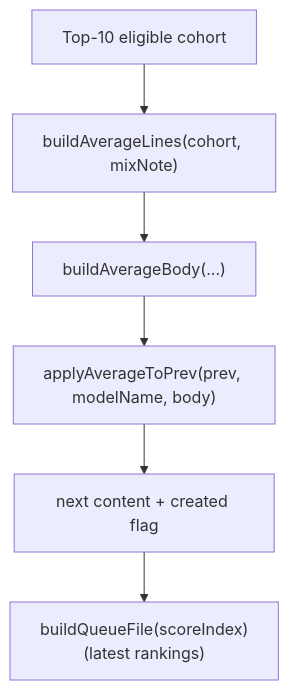
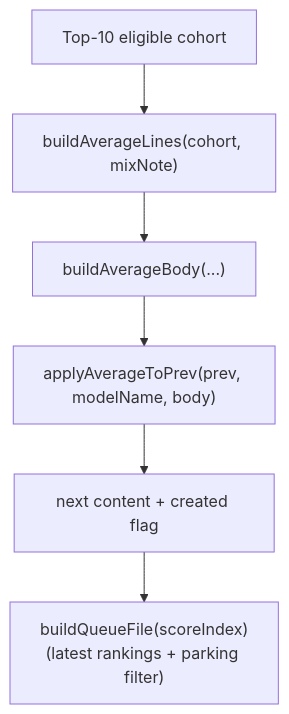
Before and after one commit to delirium-dj/modelcomp: the seventh of 8 diagrams in .qoder/repowiki/en/content/Build & Development Pipeline/Build & Development Pipeline.md, drawn with Mermaid. The commit also changed other lines of this file and 103 other files, not shown here.

````diff
--- a/.qoder/repowiki/en/content/Build & Development Pipeline/Build & Development Pipeline.md
+++ b/.qoder/repowiki/en/content/Build & Development Pipeline/Build & Development Pipeline.md
@@ -364,8 +383,8 @@
 ```mermaid
 flowchart TD
 Cohort["Top-10 eligible cohort"] --> Lines["buildAverageLines(cohort, mixNote)"]
 Lines --> Body["buildAverageBody(...)"]
 Body --> Merge["applyAverageToPrev(prev, modelName, body)"]
 Merge --> Result["next content + created flag"]
-Result --> Queue["buildQueueFile(scoreIndex)<br/>(latest rankings)"]
+Result --> Queue["buildQueueFile(scoreIndex)<br/>(latest rankings + parking filter)"]
 ```
````
